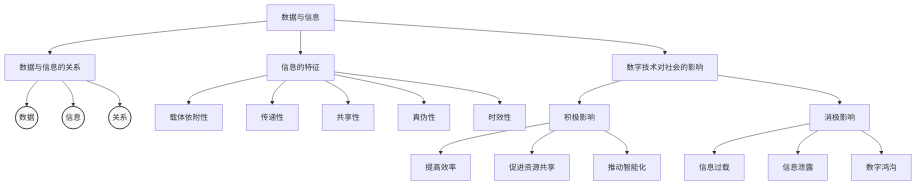
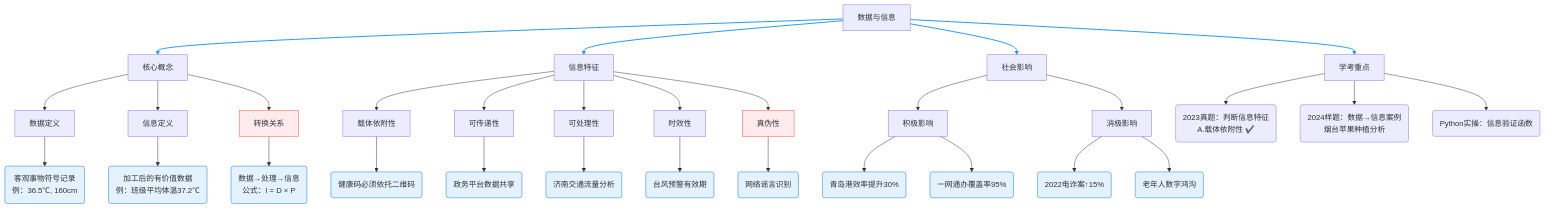
Before and after one commit to wenqn/beike: the diagram in 学考复习/AI课堂笔记指南.md, drawn with Mermaid. The commit also changed other lines of this file, not shown here.

````diff
--- a/学考复习/AI课堂笔记指南.md
+++ b/学考复习/AI课堂笔记指南.md
@@ -127,34 +128,51 @@
 ```mermaid
 graph TD
-    A[数据与信息] --> B[数据与信息的关系]
-    A --> C[信息的特征]
-    A --> D[数字技术对社会的影响]
-    
-    B --> B1[数据] 
-    B --> B2[信息]
-    B --> B3[关系]
-    
-    C --> C1[载体依附性] 
-    C --> C2[传递性]
-    C --> C3[共享性]
-    C --> C4[真伪性]
-    C --> C5[时效性]
-    
-    D --> D1[积极影响]
-    D --> D2[消极影响]
-    
-    D1 --> D11[提高效率]
-    D1 --> D12[促进资源共享]
-    D1 --> D13[推动智能化]
-    
-    D2 --> D21[信息过载]
-    D2 --> D22[信息泄露]
-    D2 --> D23[数字鸿沟]
-    
-    %% 添加注释说明
-    B1(("数据")):::box
-    B2(("信息")):::box
-    B3(("关系")):::box
-    
-    classDef box fill:#f9f9f9,stroke:#333,stroke-width:2px
+%% 知识框架主体结构
+A[数据与信息] --> B[核心概念]
+A --> C[信息特征]
+A --> D[社会影响]
+A --> E[学考重点]
+
+%% 核心概念分支
+B --> B1[数据定义]
+B1 --> B11("客观事物符号记录<br>例：36.5℃, 160cm")
+B --> B2[信息定义]
+B2 --> B21("加工后的有价值数据<br>例：班级平均体温37.2℃")
+B --> B3[转换关系]
+B3 --> B31("数据→处理→信息<br>公式：I = D × P")
+
+%% 信息特征分支
+C --> C1[载体依附性]
+C1 --> C11("健康码必须依托二维码")
+C --> C2[可传递性]
+C2 --> C21("政务平台数据共享")
+C --> C3[可处理性]
+C3 --> C31("济南交通流量分析")
+C --> C4[时效性]
+C4 --> C41("台风预警有效期")
+C --> C5[真伪性]
+C5 --> C51("网络谣言识别")
+
+%% 社会影响分支
+D --> D1[积极影响]
+D1 --> D11("青岛港效率提升30%")
+D1 --> D12("一网通办覆盖率95%")
+D --> D2[消极影响]
+D2 --> D21("2022电诈案↑15%")
+D2 --> D22("老年人数字鸿沟")
+
+%% 知识盲点标注
+classDef red fill:#ffebee,stroke:#ef5350;
+B3:::red
+C5:::red
+
+%% 学考真题链接
+E --> E1("2023真题：判断信息特征<br>A.载体依附性 ✔️")
+E --> E2("2024样题：数据→信息案例<br>烟台苹果种植分析")
+E --> E3("Python实操：信息验证函数")
+
+%% 注释说明
+linkStyle 0,1,2,3 stroke:#2196F3,stroke-width:2px;
+classDef note fill:#E3F2FD,stroke:#1976D2;
+class B11,B21,B31,C11,C21,C31,C41,C51,D11,D12,D21,D22 note;
 ```
````
